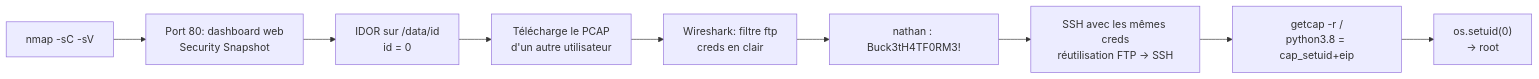
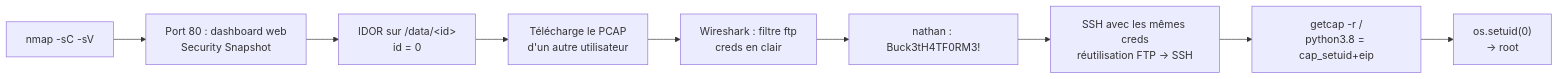
The diagram in htb/machines/cap.md (CryptoGate-hub/cyber-writeups), drawn with Mermaid before and after one commit. The commit also changed other lines of this file and 22 other files, not shown here.

Commit message:
Refonte des writeups : formatage HTB-style, diagrammes Mermaid, nettoyage markdown

````diff
--- a/htb/machines/cap.md
+++ b/htb/machines/cap.md
@@ -16,11 +19,11 @@
 ```mermaid
 flowchart LR
-    A["nmap -sC -sV"] --> B["Port 80: dashboard web<br/>Security Snapshot"]
-    B --> C["IDOR sur /data/id<br/>id = 0"]
+    A["nmap -sC -sV"] --> B["Port 80 : dashboard web<br/>Security Snapshot"]
+    B --> C["IDOR sur /data/&lt;id&gt;<br/>id = 0"]
     C --> D["Télécharge le PCAP<br/>d'un autre utilisateur"]
-    D --> E["Wireshark: filtre ftp<br/>creds en clair"]
+    D --> E["Wireshark : filtre ftp<br/>creds en clair"]
     E --> F["nathan : Buck3tH4TF0RM3!"]
     F --> G["SSH avec les mêmes creds<br/>réutilisation FTP → SSH"]
     G --> H["getcap -r /<br/>python3.8 = cap_setuid+eip"]
     H --> I["os.setuid(0)<br/>→ root"]
 ```
````
